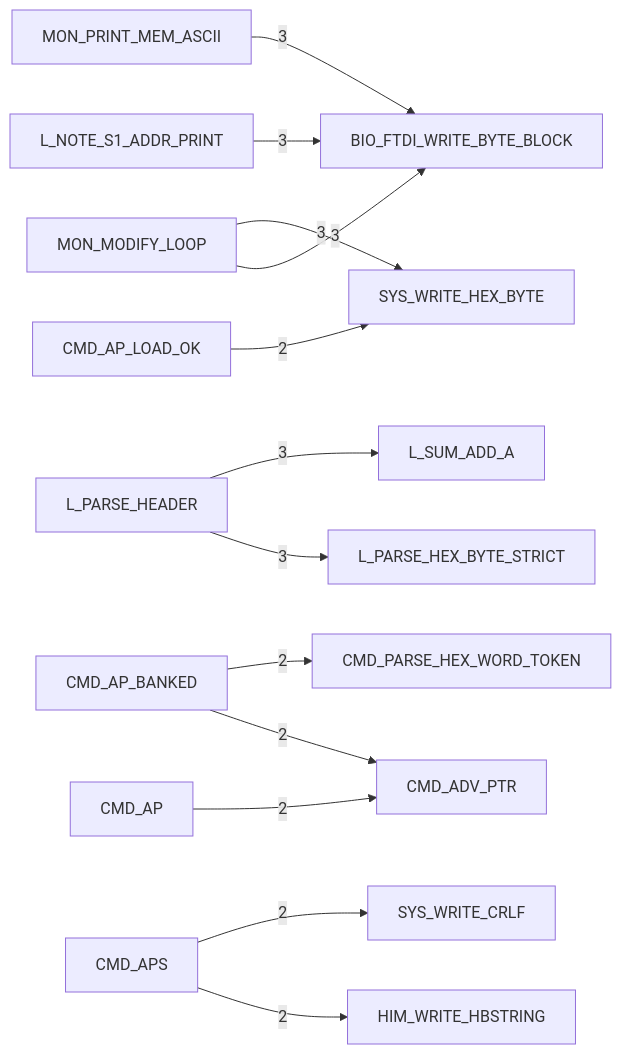
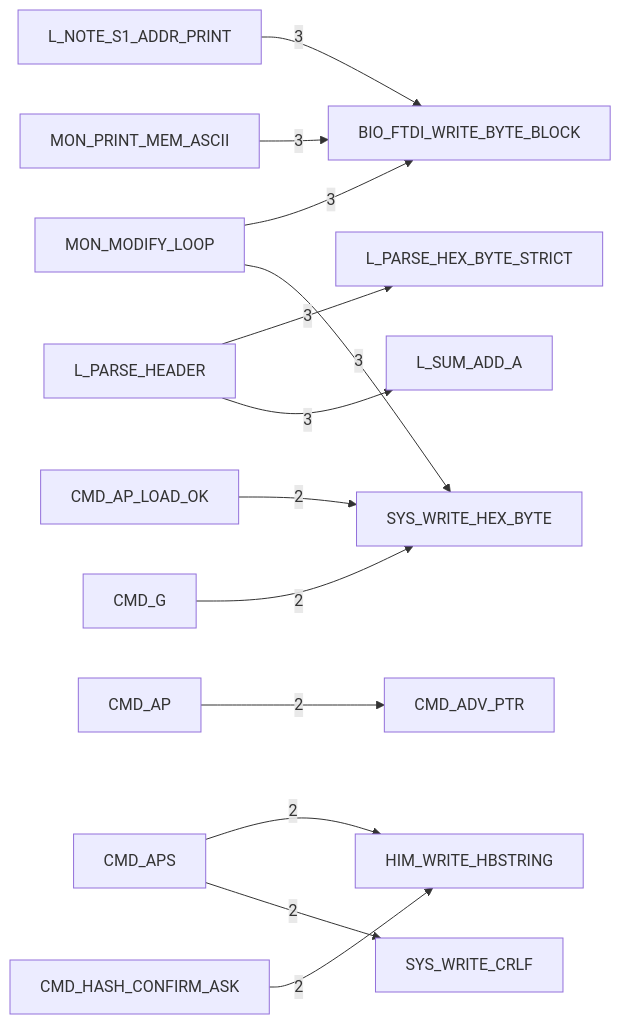
Before and after one commit to 95westus/R-YORS: the third of 6 diagrams in DOC/GENERATED/HIMON_COMMAND_MAP.md, drawn with Mermaid. The commit also changed other lines of this file and 29 other files, not shown here.

````diff
--- a/DOC/GENERATED/HIMON_COMMAND_MAP.md
+++ b/DOC/GENERATED/HIMON_COMMAND_MAP.md
@@ -42,15 +42,15 @@
 ```mermaid
 flowchart LR
     N_L_NOTE_S1_ADDR_PRINT[L_NOTE_S1_ADDR_PRINT] -->|3| N_BIO_FTDI_WRITE_BYTE_BLOCK[BIO_FTDI_WRITE_BYTE_BLOCK]
     N_L_PARSE_HEADER[L_PARSE_HEADER] -->|3| N_L_PARSE_HEX_BYTE_STRICT[L_PARSE_HEX_BYTE_STRICT]
     N_L_PARSE_HEADER[L_PARSE_HEADER] -->|3| N_L_SUM_ADD_A[L_SUM_ADD_A]
     N_MON_MODIFY_LOOP[MON_MODIFY_LOOP] -->|3| N_BIO_FTDI_WRITE_BYTE_BLOCK[BIO_FTDI_WRITE_BYTE_BLOCK]
     N_MON_MODIFY_LOOP[MON_MODIFY_LOOP] -->|3| N_SYS_WRITE_HEX_BYTE[SYS_WRITE_HEX_BYTE]
     N_MON_PRINT_MEM_ASCII[MON_PRINT_MEM_ASCII] -->|3| N_BIO_FTDI_WRITE_BYTE_BLOCK[BIO_FTDI_WRITE_BYTE_BLOCK]
     N_CMD_AP[CMD_AP] -->|2| N_CMD_ADV_PTR[CMD_ADV_PTR]
-    N_CMD_AP_BANKED[CMD_AP_BANKED] -->|2| N_CMD_ADV_PTR[CMD_ADV_PTR]
-    N_CMD_AP_BANKED[CMD_AP_BANKED] -->|2| N_CMD_PARSE_HEX_WORD_TOKEN[CMD_PARSE_HEX_WORD_TOKEN]
     N_CMD_AP_LOAD_OK[CMD_AP_LOAD_OK] -->|2| N_SYS_WRITE_HEX_BYTE[SYS_WRITE_HEX_BYTE]
     N_CMD_APS[CMD_APS] -->|2| N_HIM_WRITE_HBSTRING[HIM_WRITE_HBSTRING]
     N_CMD_APS[CMD_APS] -->|2| N_SYS_WRITE_CRLF[SYS_WRITE_CRLF]
+    N_CMD_G[CMD_G] -->|2| N_SYS_WRITE_HEX_BYTE[SYS_WRITE_HEX_BYTE]
+    N_CMD_HASH_CONFIRM_ASK[CMD_HASH_CONFIRM_ASK] -->|2| N_HIM_WRITE_HBSTRING[HIM_WRITE_HBSTRING]
 ```
````
